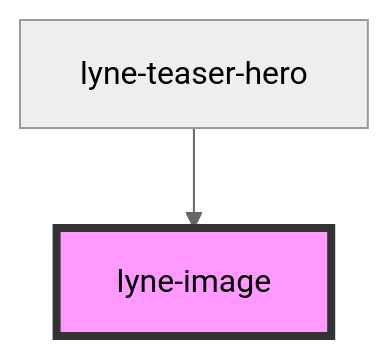
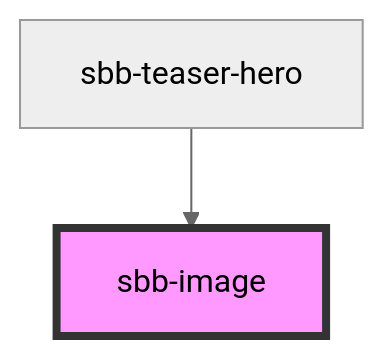
Before and after one commit to sbb-design-systems/lyne-components: the diagram in src/components/sbb-image/readme.md, drawn with Mermaid (neutral theme). The commit also changed other lines of this file and 348 other files, not shown here.

Commit message:
refactor: 'lyne' prefix renamed to 'sbb'

````diff
--- a/src/components/sbb-image/readme.md
+++ b/src/components/sbb-image/readme.md
@@ -39,5 +39,5 @@
 ```mermaid
 graph TD;
-  lyne-teaser-hero --> lyne-image
-  style lyne-image fill:#f9f,stroke:#333,stroke-width:4px
+  sbb-teaser-hero --> sbb-image
+  style sbb-image fill:#f9f,stroke:#333,stroke-width:4px
 ```
````
